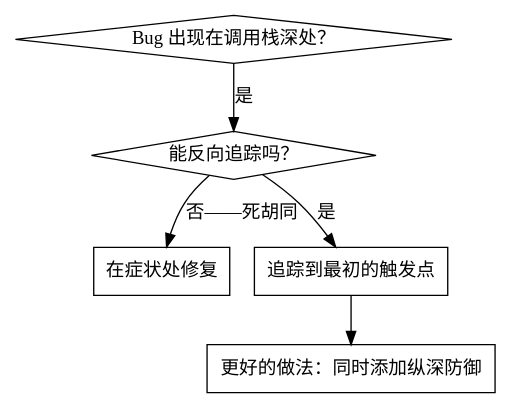
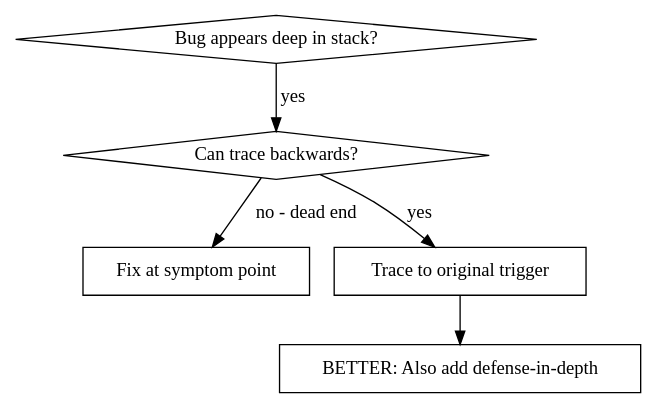
The first of 2 diagrams in skills/systematic-debugging/root-cause-tracing.md (azrng/ai-code-rule), drawn with Graphviz before and after one commit. The commit also changed other lines of this file and 28 other files, not shown here.

````diff
--- a/skills/systematic-debugging/root-cause-tracing.md
+++ b/skills/systematic-debugging/root-cause-tracing.md
@@ -11,14 +11,14 @@
 ```dot
 digraph when_to_use {
-    "Bug 出现在调用栈深处？" [shape=diamond];
-    "能反向追踪吗？" [shape=diamond];
-    "在症状处修复" [shape=box];
-    "追踪到最初的触发点" [shape=box];
-    "更好的做法：同时添加纵深防御" [shape=box];
+    "Bug appears deep in stack?" [shape=diamond];
+    "Can trace backwards?" [shape=diamond];
+    "Fix at symptom point" [shape=box];
+    "Trace to original trigger" [shape=box];
+    "BETTER: Also add defense-in-depth" [shape=box];
 
-    "Bug 出现在调用栈深处？" -> "能反向追踪吗？" [label="是"];
-    "能反向追踪吗？" -> "追踪到最初的触发点" [label="是"];
-    "能反向追踪吗？" -> "在症状处修复" [label="否——死胡同"];
-    "追踪到最初的触发点" -> "更好的做法：同时添加纵深防御";
+    "Bug appears deep in stack?" -> "Can trace backwards?" [label="yes"];
+    "Can trace backwards?" -> "Trace to original trigger" [label="yes"];
+    "Can trace backwards?" -> "Fix at symptom point" [label="no - dead end"];
+    "Trace to original trigger" -> "BETTER: Also add defense-in-depth";
 }
 ```
````
